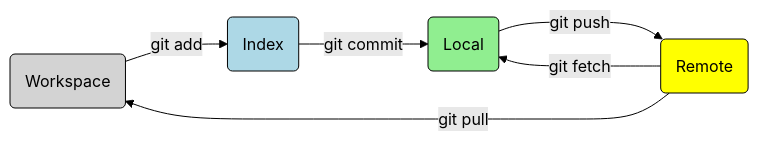
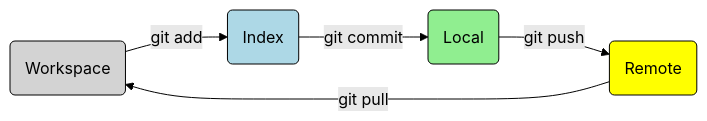
Before and after one commit to umr-marbec/git-training: diagram 13 of 22 in slides-git-quarto/slides-training.qmd, drawn with Mermaid (forest theme). The commit also changed other lines of this file and 9 other files, not shown here.

````diff
--- a/slides-git-quarto/slides-training.qmd
+++ b/slides-git-quarto/slides-training.qmd
@@ -309,26 +349,25 @@
 ```{mermaid}
 %%| fig-width: 10.5
 %%| fig-height: 2
 flowchart LR
     idw(Workspace)
     idi(Index)
     idl(Local)
     idr(Remote)
     
     idw -->|git add| idi
     idi -->|git commit| idl
     idl -->|git push| idr
     idr --->|git pull| idw
-    idr --->|git fetch| idl
     
     classDef workspace fill:lightgray,stroke:black,color:black
     classDef index fill:lightblue,stroke:black,color:black
     classDef local fill:lightgreen,stroke:black,color:black
     classDef remote fill:yellow,stroke:black,color:black
 
     class idw workspace;
     class idi index;
     class idl local;
     class idr remote;
     
 ```
````
